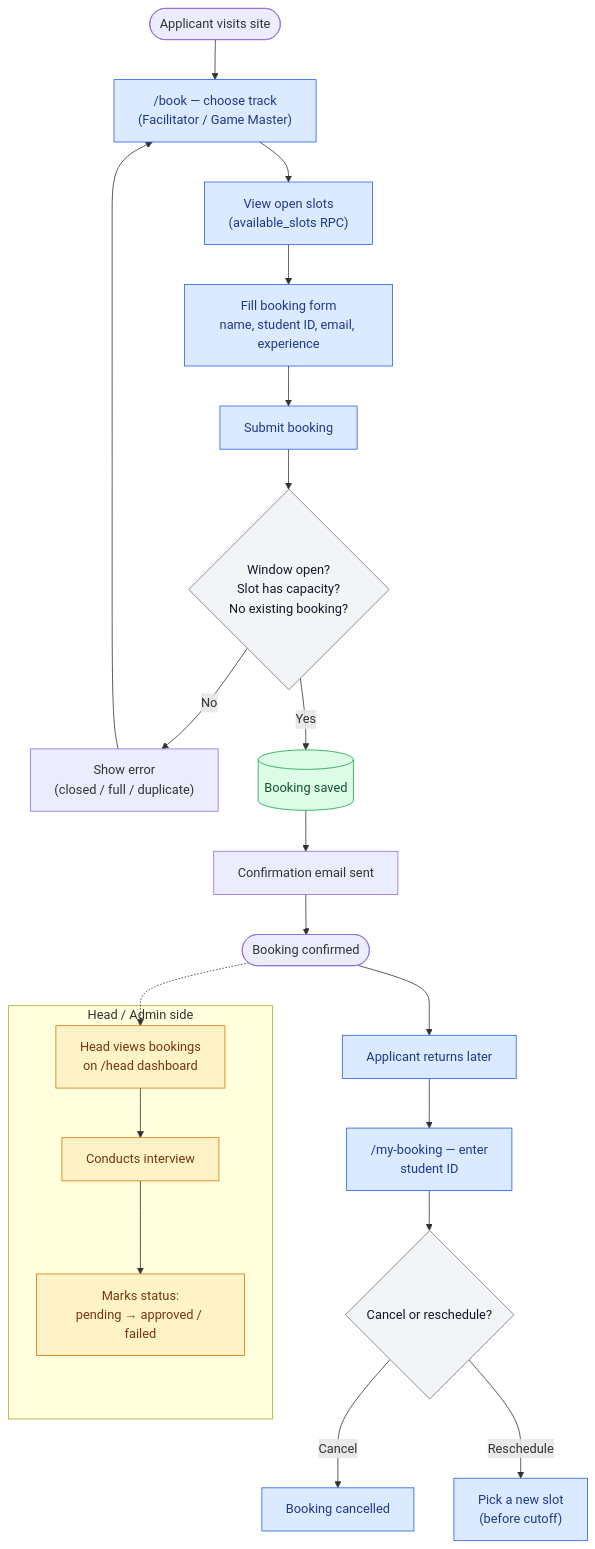
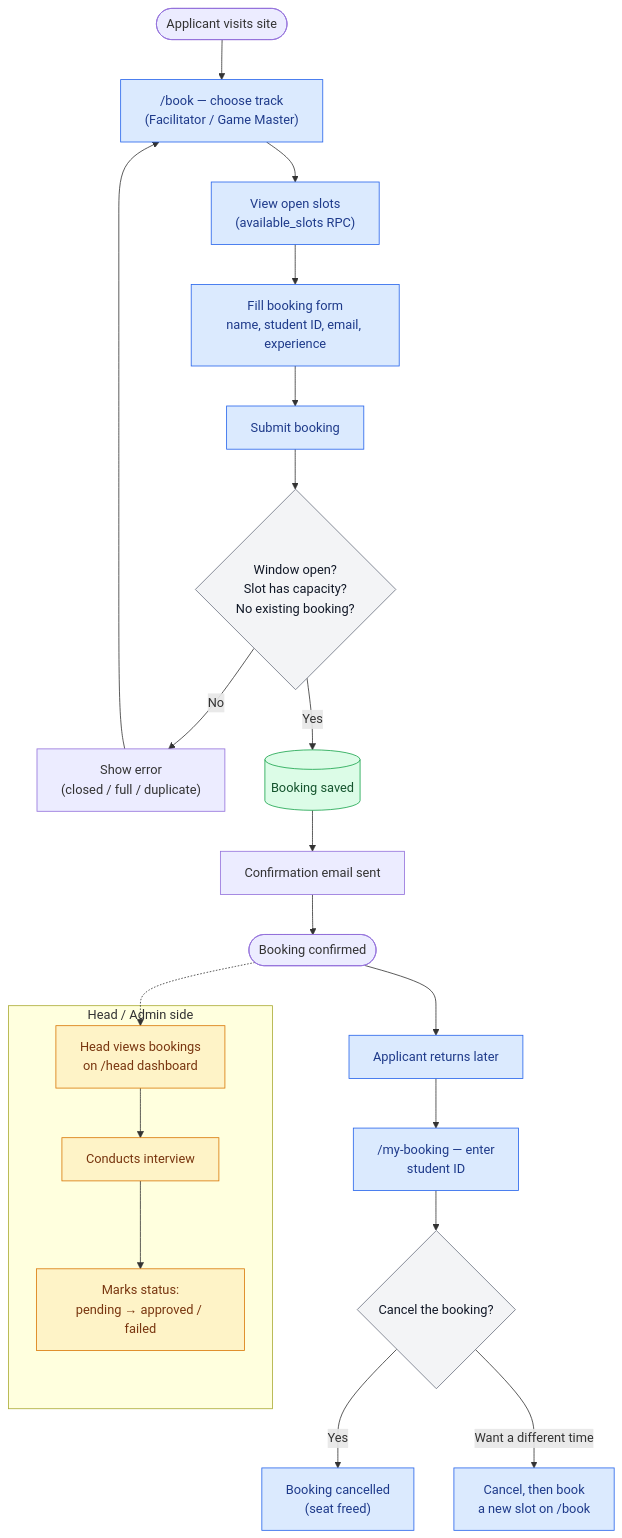
The first of 2 diagrams in README.md (yabgzichien/XMUM_Ori_Interview), drawn with Mermaid before and after one commit. The commit also changed other lines of this file, not shown here.

Commit message:
docs: remove full system map diagram from README

````diff
--- a/README.md
+++ b/README.md
@@ -139,37 +151,37 @@
 ```mermaid
 flowchart TD
     Start(["Applicant visits site"]) --> BookPage["/book — choose track\n(Facilitator / Game Master)"]
     BookPage --> SlotList["View open slots\n(available_slots RPC)"]
     SlotList --> Fill["Fill booking form\nname, student ID, email, experience"]
     Fill --> Submit["Submit booking"]
 
     Submit --> Checks{"Window open?\nSlot has capacity?\nNo existing booking?"}
     Checks -- "No" --> Error["Show error\n(closed / full / duplicate)"]
     Error --> BookPage
     Checks -- "Yes" --> Save[("Booking saved")]
     Save --> Email["Confirmation email sent"]
     Email --> Confirmed(["Booking confirmed"])
 
     Confirmed --> Later["Applicant returns later"]
     Later --> MyBooking["/my-booking — enter\nstudent ID"]
-    MyBooking --> Action{"Cancel or reschedule?"}
-    Action -- "Cancel" --> Cancel["Booking cancelled"]
-    Action -- "Reschedule" --> Reschedule["Pick a new slot\n(before cutoff)"]
+    MyBooking --> Action{"Cancel the booking?"}
+    Action -- "Yes" --> Cancel["Booking cancelled\n(seat freed)"]
+    Action -- "Want a different time" --> Reschedule["Cancel, then book\na new slot on /book"]
 
     Confirmed -.-> HeadReview
     subgraph HEAD["Head / Admin side"]
         HeadReview["Head views bookings\non /head dashboard"]
         HeadReview --> Interview["Conducts interview"]
         Interview --> Status["Marks status:\npending → approved / failed"]
     end
 
     classDef applicant fill:#dbeafe,stroke:#2563eb,color:#1e3a8a
     classDef head fill:#fef3c7,stroke:#d97706,color:#78350f
     classDef decision fill:#f3f4f6,stroke:#6b7280,color:#111827
     classDef db fill:#dcfce7,stroke:#16a34a,color:#14532d
 
     class BookPage,SlotList,Fill,Submit,MyBooking,Later,Cancel,Reschedule applicant
     class HeadReview,Interview,Status head
     class Checks,Action decision
     class Save db
 ```
````
